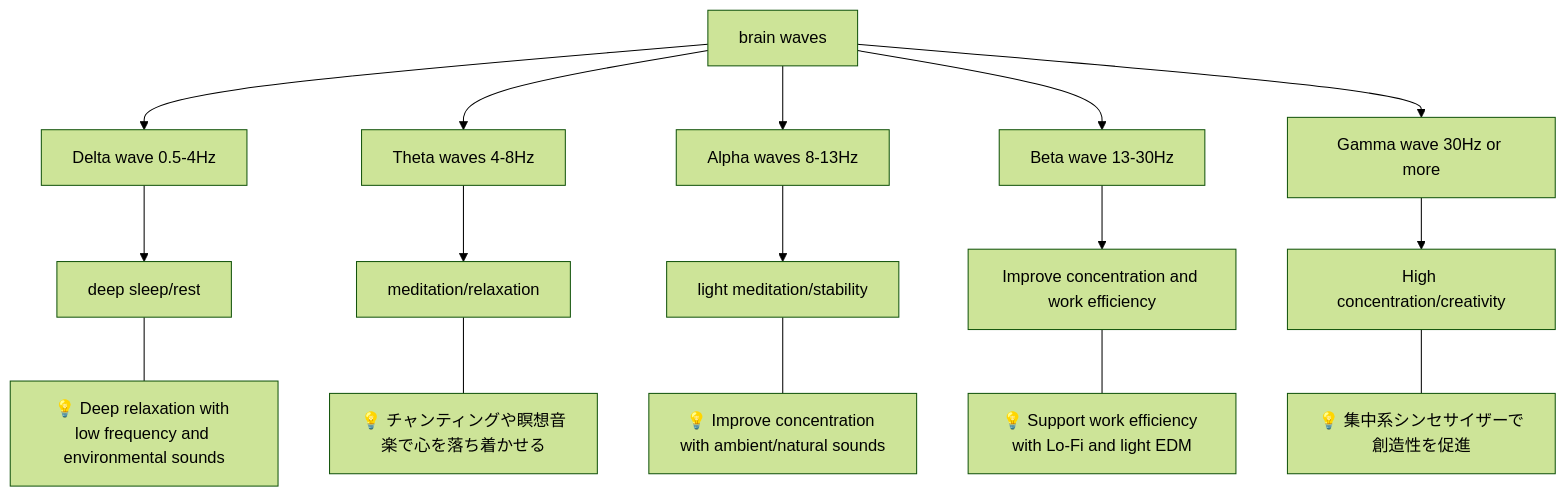
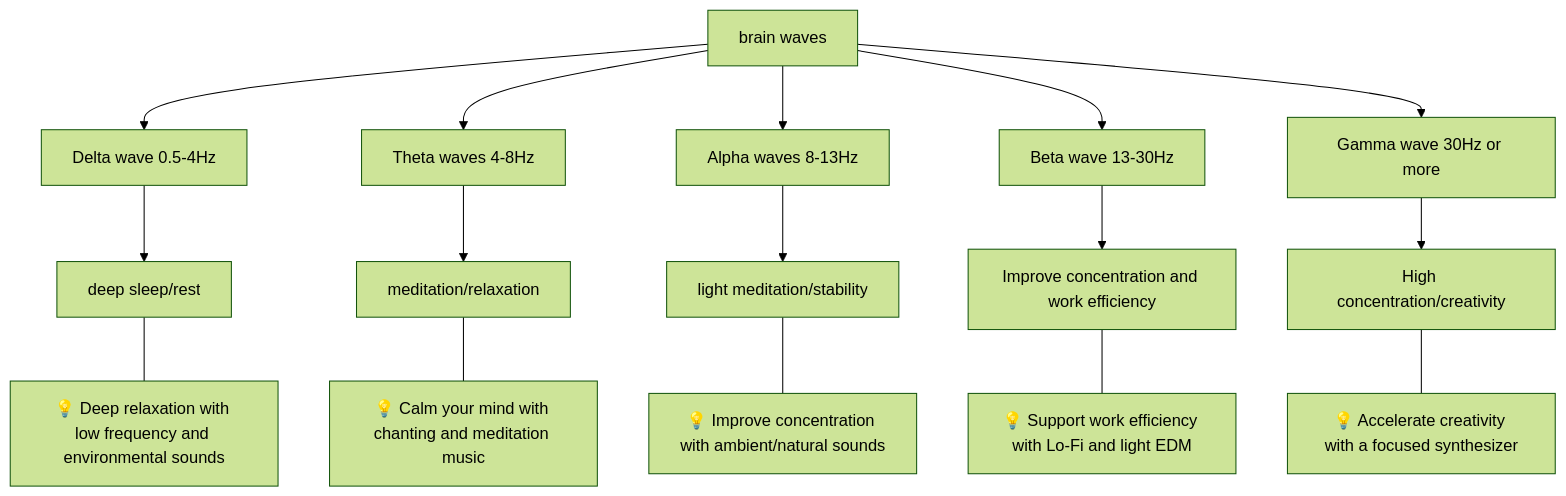
Before and after one commit to monumental-movement/monumental-movement.github.io: the first of 4 diagrams in en/_posts/2025-11-09-column-yoga-music.md, drawn with Mermaid (forest theme). The commit also changed other lines of this file and 851 other files, not shown here.

```diff
--- a/en/_posts/2025-11-09-column-yoga-music.md
+++ b/en/_posts/2025-11-09-column-yoga-music.md
@@ -117,25 +117,25 @@
 <div class="mermaid">
 
 flowchart TD
     A[brain waves] --> B[Delta wave 0.5-4Hz]
     A --> C[Theta waves 4-8Hz]
     A --> D[Alpha waves 8-13Hz]
     A --> E[Beta wave 13-30Hz]
     A --> F[Gamma wave 30Hz or more]
 
     B --> B1[deep sleep/rest]
     B1 --- BB["💡 Deep relaxation with low frequency and environmental sounds"]
     
     C --> C1[meditation/relaxation]
-    C1 --- CC["💡 チャンティングや瞑想音楽で心を落ち着かせる"]
+    C1 --- CC["💡 Calm your mind with chanting and meditation music"]
     
     D --> D1[light meditation/stability]
     D1 --- DD["💡 Improve concentration with ambient/natural sounds"]
     
     E --> E1[Improve concentration and work efficiency]
     E1 --- EE["💡 Support work efficiency with Lo-Fi and light EDM"]
     
     F --> F1[High concentration/creativity]
-    F1 --- FF["💡 集中系シンセサイザーで創造性を促進"]
+    F1 --- FF["💡 Accelerate creativity with a focused synthesizer"]
 
 </div>
```
